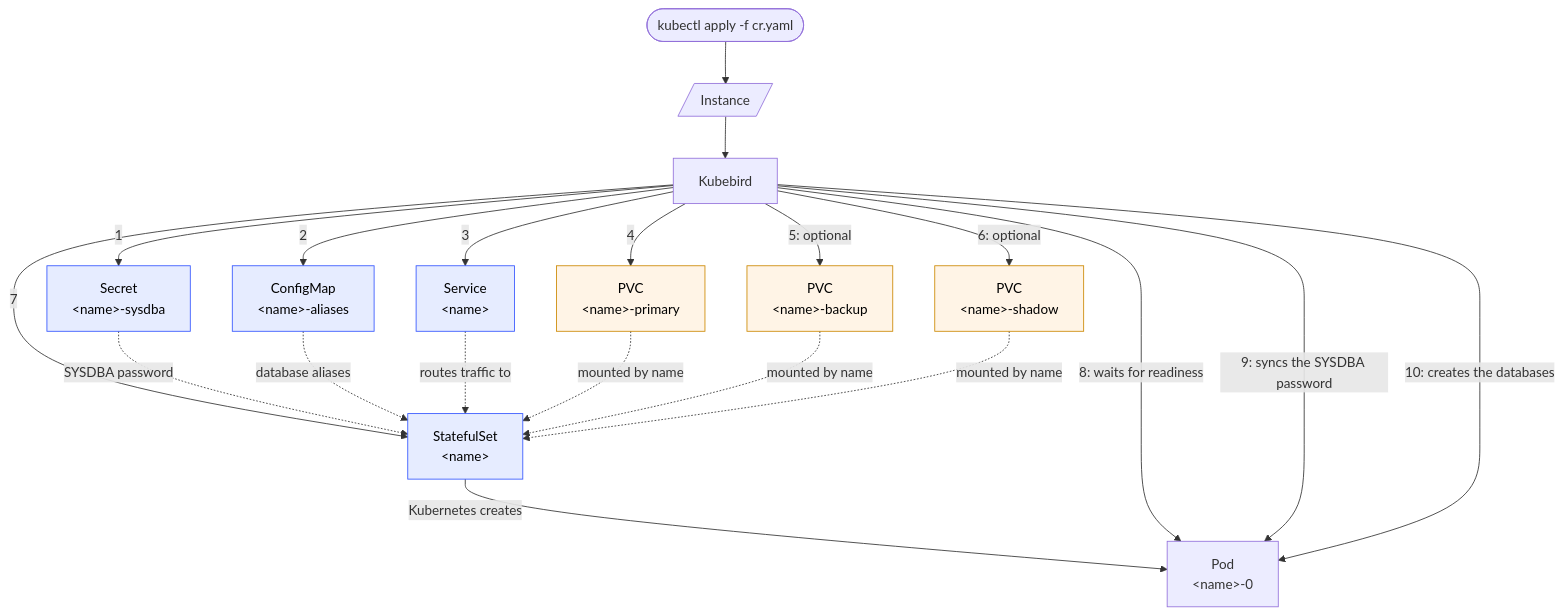
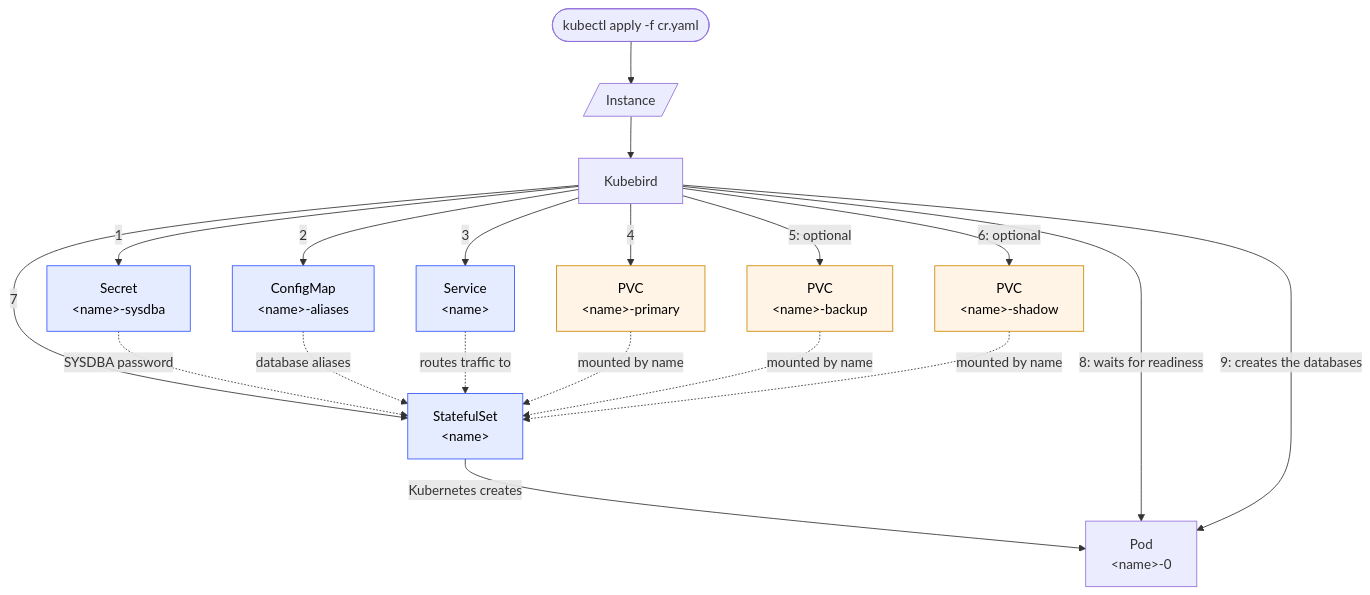
Before and after one commit to henryx/kubebird: the diagram in README.md, drawn with Mermaid. The commit also changed other lines of this file and 10 other files, not shown here.

Commit message:
Reviewed password rotation, now restart pod

````diff
--- a/README.md
+++ b/README.md
@@ -166,31 +166,30 @@
 ```mermaid
 flowchart TD
     User(["kubectl apply -f cr.yaml"]) --> CR[/"Instance"/]
     CR --> Kubebird["Kubebird"]
 
     Kubebird -->|"1"| Secret["Secret<br/>&lt;name&gt;-sysdba"]
     Kubebird -->|"2"| CM["ConfigMap<br/>&lt;name&gt;-aliases"]
     Kubebird -->|"3"| Service["Service<br/>&lt;name&gt;"]
     Kubebird -->|"4"| PVCPrimary["PVC<br/>&lt;name&gt;-primary"]
     Kubebird -->|"5: optional"| PVCBackup["PVC<br/>&lt;name&gt;-backup"]
     Kubebird -->|"6: optional"| PVCShadow["PVC<br/>&lt;name&gt;-shadow"]
     Kubebird -->|"7"| STS["StatefulSet<br/>&lt;name&gt;"]
 
     Secret -.->|SYSDBA password| STS
     CM -.->|database aliases| STS
     Service -.->|routes traffic to| STS
     PVCPrimary -.->|mounted by name| STS
     PVCBackup -.->|mounted by name| STS
     PVCShadow -.->|mounted by name| STS
 
     STS -->|Kubernetes creates| Pod["Pod<br/>&lt;name&gt;-0"]
 
     Kubebird -->|"8: waits for readiness"| Pod
-    Kubebird -->|"9: syncs the SYSDBA password"| Pod
-    Kubebird -->|"10: creates the databases"| Pod
+    Kubebird -->|"9: creates the databases"| Pod
 
     classDef owned fill:#e6ecff,stroke:#3355ff,color:#000
     class Secret,CM,Service,STS owned
     classDef unowned fill:#fff4e6,stroke:#cc8800,color:#000
     class PVCPrimary,PVCBackup,PVCShadow unowned
 ```
````
